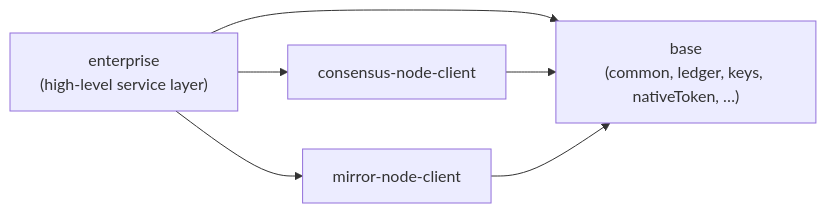
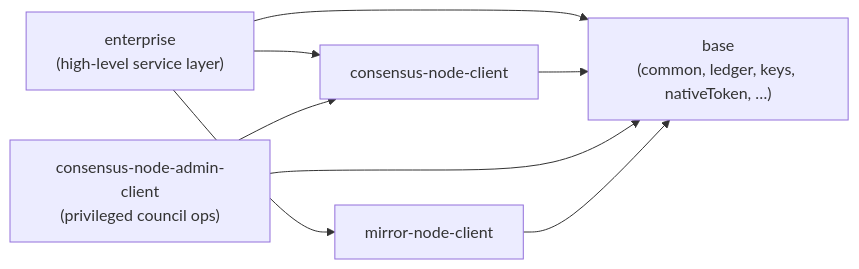
Before and after one commit to hendrikebbers/hiero-sdk-v3-prototyping: the first of 2 diagrams in spec/dependencies.md, drawn with Mermaid. The commit also changed other lines of this file and 5 other files, not shown here.

Commit message:
Add consensus-node-admin-client module for privileged transactions and ip address object

````diff
--- a/spec/dependencies.md
+++ b/spec/dependencies.md
@@ -16,13 +17,16 @@
 ```mermaid
 flowchart LR
     enterprise["enterprise<br/>(high-level service layer)"]
     consensus["consensus-node-client"]
+    admin["consensus-node-admin-client<br/>(privileged council ops)"]
     mirror["mirror-node-client"]
     base["base<br/>(common, ledger, keys, nativeToken, …)"]
 
     enterprise --> consensus
     enterprise --> mirror
     enterprise --> base
     consensus --> base
+    admin --> consensus
+    admin --> base
     mirror --> base
 ```
````
